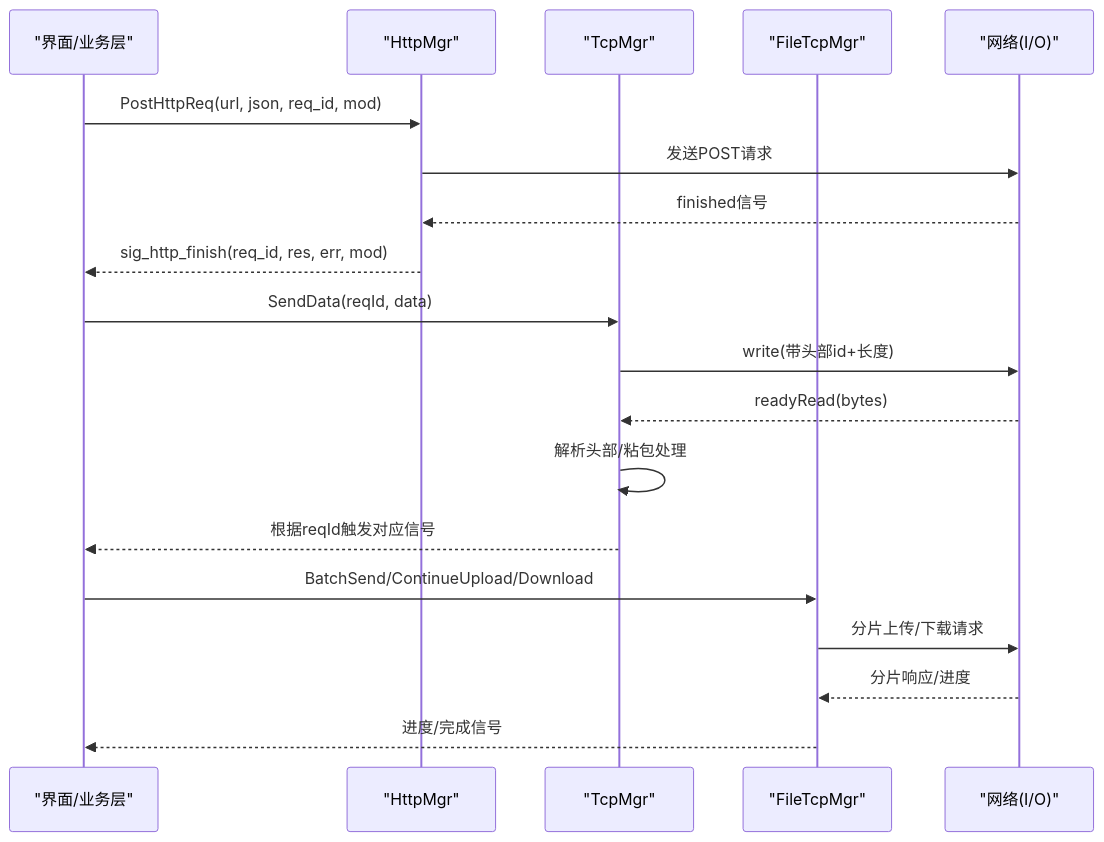
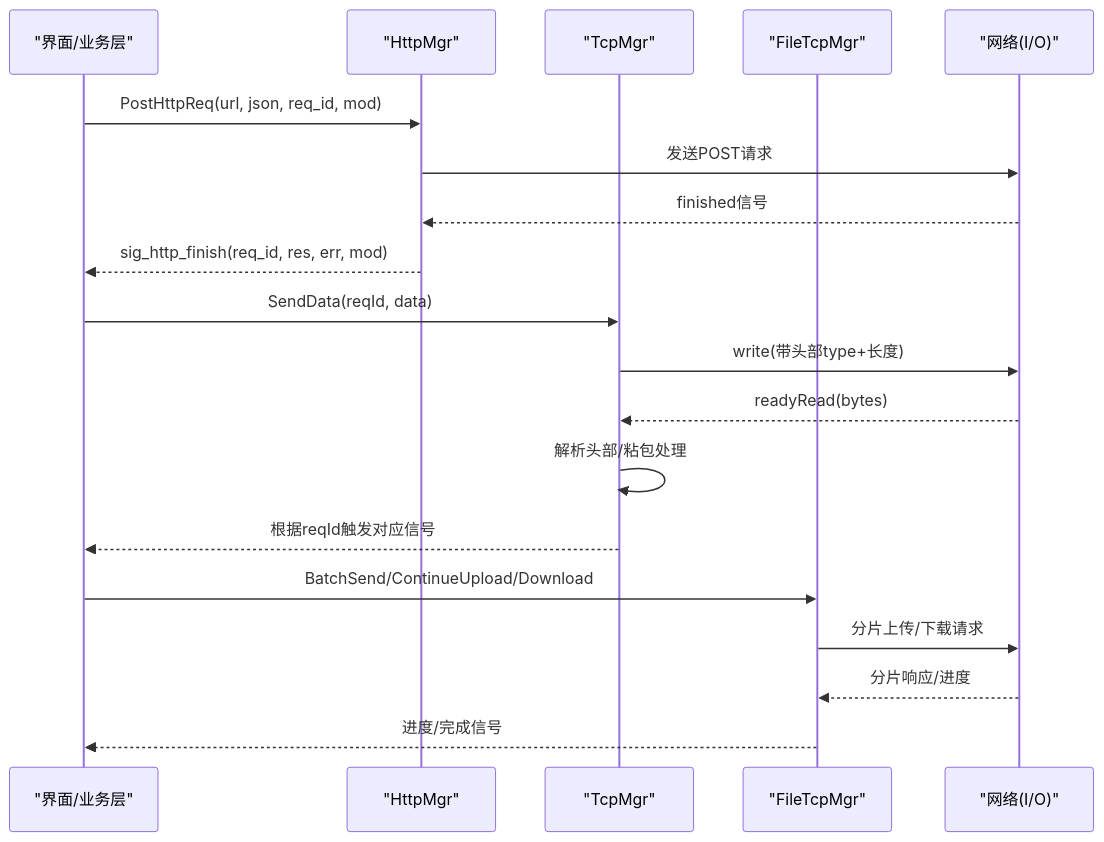
Before and after one commit to echo9923/mychatter: the second of 6 diagrams in .qoder/repowiki/zh/content/客户端开发/网络通信/网络通信.md, drawn with Mermaid. The commit also changed other lines of this file and 128 other files, not shown here.

````diff
--- a/.qoder/repowiki/zh/content/客户端开发/网络通信/网络通信.md
+++ b/.qoder/repowiki/zh/content/客户端开发/网络通信/网络通信.md
@@ -83,21 +83,21 @@
 ```mermaid
 sequenceDiagram
 participant UI as "界面/业务层"
 participant HTTP as "HttpMgr"
 participant TCP as "TcpMgr"
 participant FTM as "FileTcpMgr"
 participant NET as "网络(I/O)"
 UI->>HTTP : PostHttpReq(url, json, req_id, mod)
 HTTP->>NET : 发送POST请求
 NET-->>HTTP : finished信号
 HTTP-->>UI : sig_http_finish(req_id, res, err, mod)
 UI->>TCP : SendData(reqId, data)
-TCP->>NET : write(带头部id+长度)
+TCP->>NET : write(带头部type+长度)
 NET-->>TCP : readyRead(bytes)
 TCP->>TCP : 解析头部/粘包处理
 TCP-->>UI : 根据reqId触发对应信号
 UI->>FTM : BatchSend/ContinueUpload/Download
 FTM->>NET : 分片上传/下载请求
 NET-->>FTM : 分片响应/进度
 FTM-->>UI : 进度/完成信号
 ```
````
